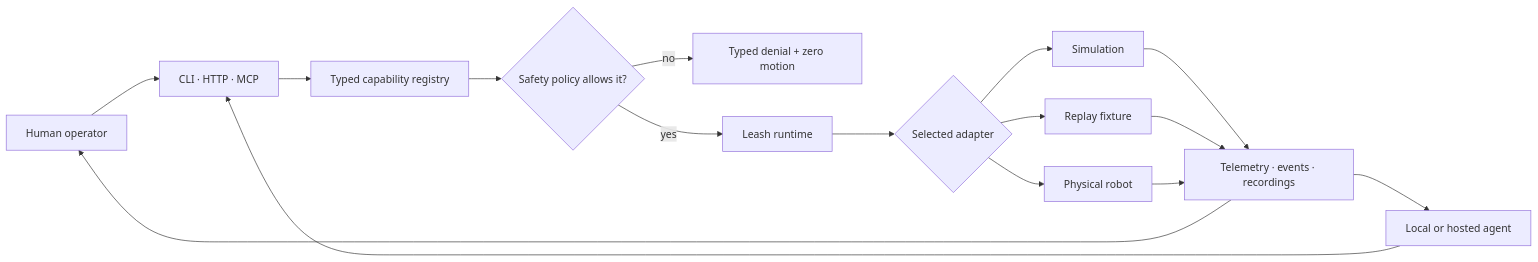
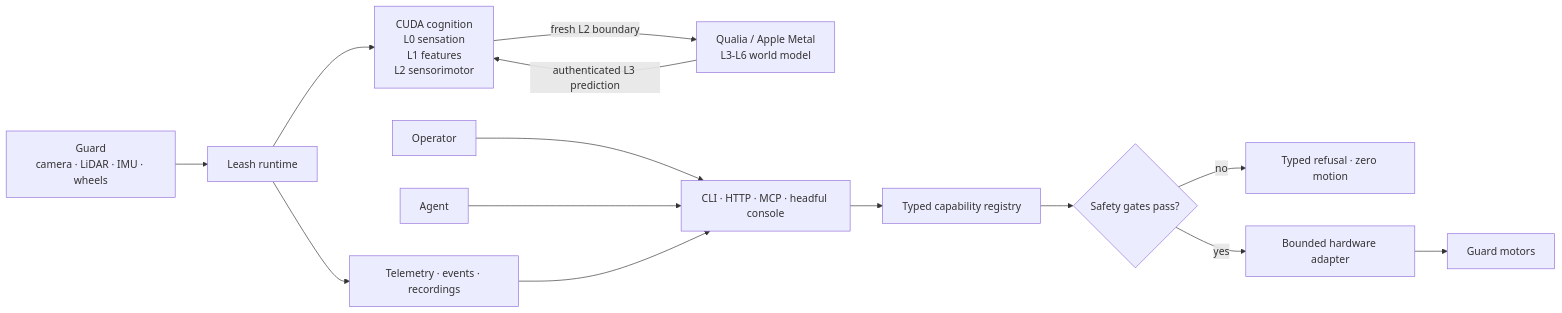
The first of 4 diagrams in README.md (specdog/leash), drawn with Mermaid before and after one commit. The commit also changed other lines of this file and 6 other files, not shown here.

Commit message:
feat: harden cognition adapter surfaces

````diff
--- a/README.md
+++ b/README.md
@@ -14,18 +11,17 @@
 ```mermaid
 flowchart LR
-  operator["Human operator"] --> surface
-  agent["Local or hosted agent"] --> surface
-  surface["CLI · HTTP · MCP"] --> registry["Typed capability registry"]
-  registry --> policy{"Safety policy allows it?"}
-  policy -- no --> denied["Typed denial + zero motion"]
-  policy -- yes --> runtime["Leash runtime"]
-  runtime --> adapter{"Selected adapter"}
-  adapter --> sim["Simulation"]
-  adapter --> replay["Replay fixture"]
-  adapter --> robot["Physical robot"]
-  sim --> telemetry["Telemetry · events · recordings"]
-  replay --> telemetry
-  robot --> telemetry
-  telemetry --> operator
-  telemetry --> agent
+  sensors["Guard\ncamera · LiDAR · IMU · wheels"] --> runtime["Leash runtime"]
+  runtime --> cognition["CUDA cognition\nL0 sensation\nL1 features\nL2 sensorimotor"]
+  cognition -->|"fresh L2 boundary"| qualia["Qualia / Apple Metal\nL3-L6 world model"]
+  qualia -->|"authenticated L3 prediction"| cognition
+
+  human["Operator"] --> surfaces["CLI · HTTP · MCP · headful console"]
+  agent["Agent"] --> surfaces
+  surfaces --> registry["Typed capability registry"]
+  registry --> policy{"Safety gates pass?"}
+  policy -- no --> stopped["Typed refusal · zero motion"]
+  policy -- yes --> adapter["Bounded hardware adapter"]
+  adapter --> motors["Guard motors"]
+  runtime --> telemetry["Telemetry · events · recordings"]
+  telemetry --> surfaces
 ```
````
